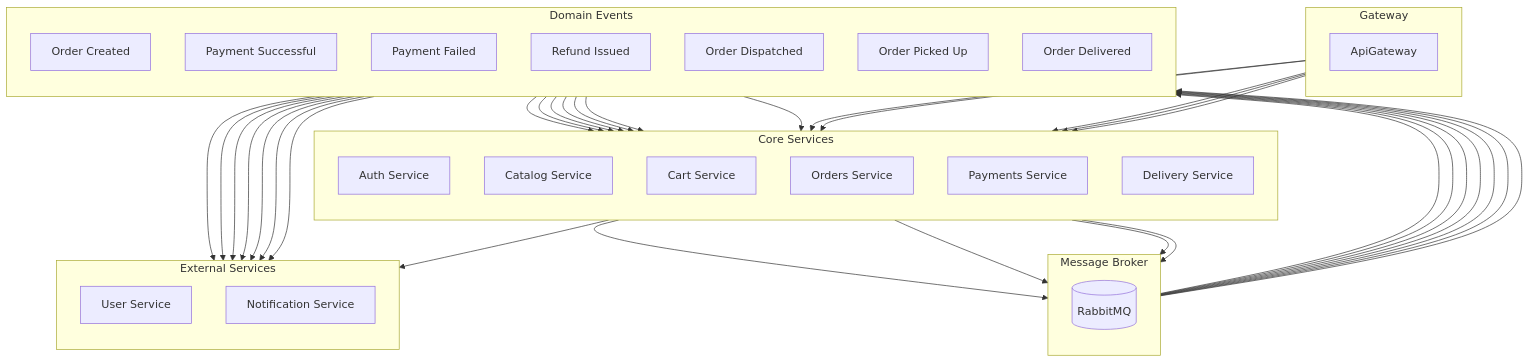
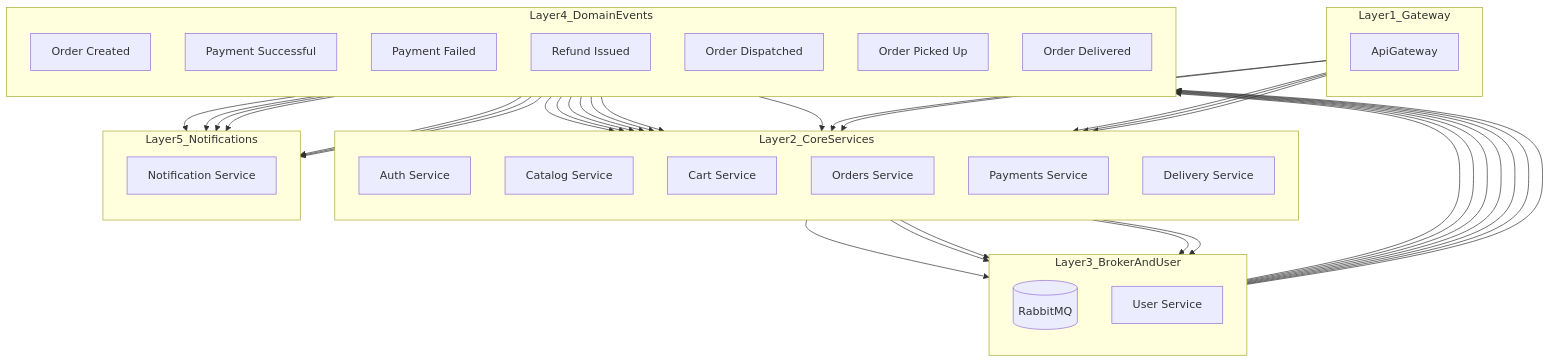
The diagram in README.md (NVolnukhin/OrderAccountingSystem), drawn with Mermaid before and after one commit.

Commit message:
update READNE

````diff
--- a/README.md
+++ b/README.md
@@ -28,14 +28,14 @@
 ```mermaid
 graph TD
 
-%% ───── Gateway ─────
-   subgraph Gateway
+%% ───── Layer 1: Gateway ─────
+   subgraph Layer1_Gateway
       direction TB
       AG[ApiGateway]
    end
 
-%% ───── Core Services ─────
-   subgraph Core Services
+%% ───── Layer 2: Core Services ─────
+   subgraph Layer2_CoreServices
       direction TB
       AU[Auth Service]
       CA[Catalog Service]
@@ -45,14 +45,15 @@
       DE[Delivery Service]
    end
 
-%% ───── Message Broker ─────
-   subgraph Message Broker
+%% ───── Layer 3: Broker & User ─────
+   subgraph Layer3_BrokerAndUser
       direction TB
       RMQ[(RabbitMQ)]
+      US[User Service]
    end
 
-%% ───── Domain Events ─────
-   subgraph Domain Events
+%% ───── Layer 4: Domain Events ─────
+   subgraph Layer4_DomainEvents
       direction TB
       OC[Order Created]
       OPS[Payment Successful]
@@ -63,10 +64,9 @@
       DL[Order Delivered]
    end
 
-%% ───── External Services ─────
-   subgraph External Services
+%% ───── Layer 5: Notification ─────
+   subgraph Layer5_Notifications
       direction TB
-      US[User Service]
       NO[Notification Service]
    end
 
@@ -80,13 +80,13 @@
 %% Auth → User registration
    AU --> US
 
-%% Core publishes to RabbitMQ
+%% Core services publish to RabbitMQ
    CR --> RMQ
    OR --> RMQ
    PA --> RMQ
    DE --> RMQ
 
-%% Events from RabbitMQ
+%% Events flow from RabbitMQ
    RMQ --> OC
    RMQ --> OPS
    RMQ --> OPF
@@ -104,7 +104,7 @@
    OP --> OR
    DL --> OR
 
-%% Notifications
+%% Notification service listens to all
    OC --> NO
    OPS --> NO
    OPF --> NO
````
